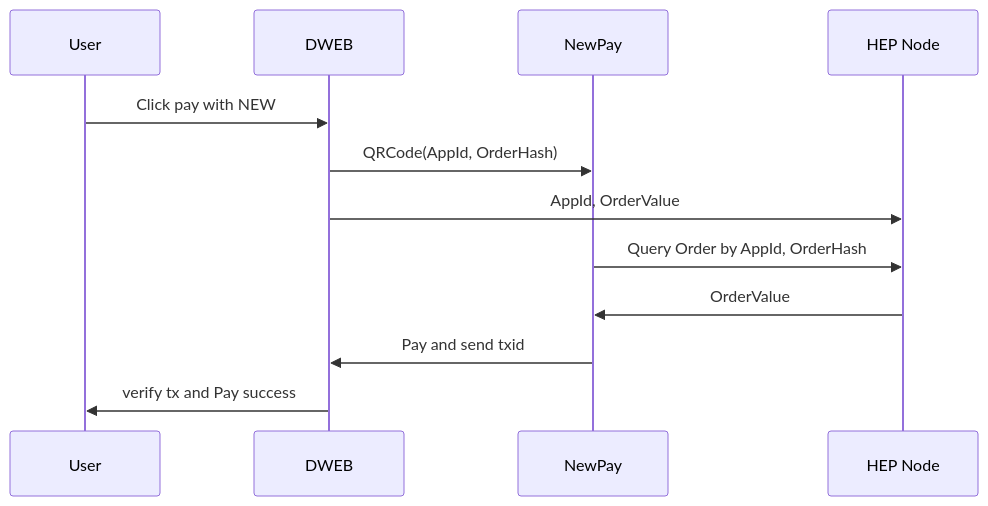
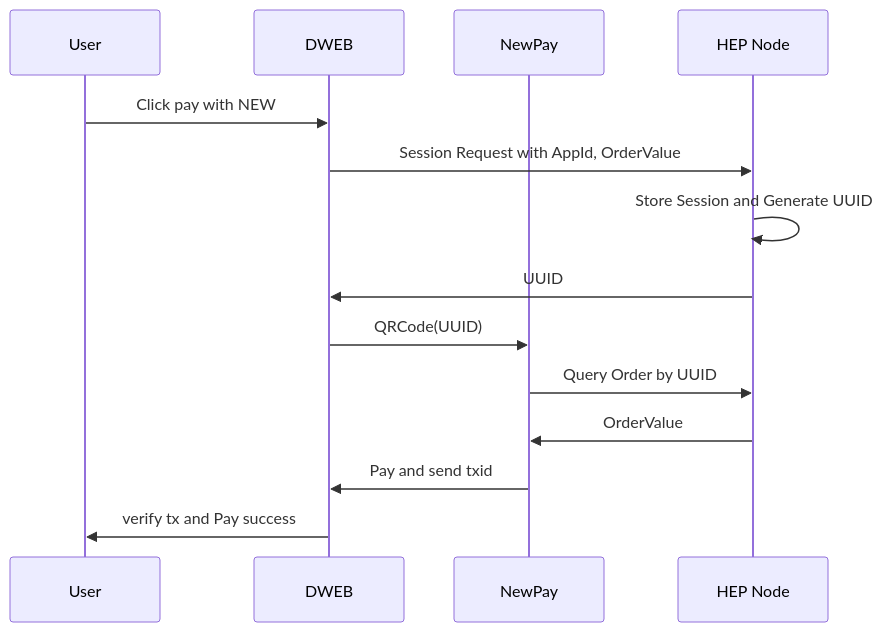
One commit to newtonproject/HEP-specification changed the second of 3 diagrams in DWEB.md. Above: the diagram before and after it, drawn with Mermaid.

````diff
--- a/DWEB.md
+++ b/DWEB.md
@@ -51,14 +51,16 @@
 ```mermaid
 sequenceDiagram;
     participant User;
     participant DWEB;
 	participant NewPay;
 	participant HEP Node;
 	User->>DWEB:Click pay with NEW;
-	DWEB->>NewPay:QRCode(AppId, OrderHash);
-	DWEB->>HEP Node:AppId, OrderValue;
-	NewPay->>HEP Node:Query Order by AppId, OrderHash;
+	DWEB->>HEP Node: Session Request with AppId, OrderValue;
+    HEP Node->>HEP Node: Store Session and Generate UUID
+    HEP Node->>DWEB: UUID;
+	DWEB->>NewPay:QRCode(UUID);
+	NewPay->>HEP Node:Query Order by UUID;
 	HEP Node->>NewPay: OrderValue;
 	NewPay->>DWEB:Pay and send txid;
 	DWEB->>User:verify tx and Pay success;
 ```
````
